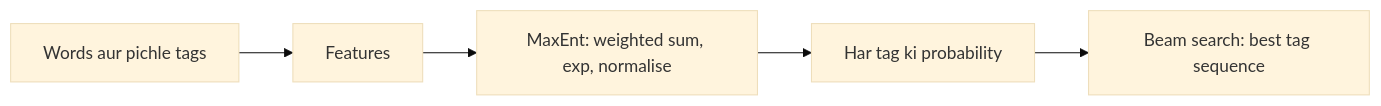
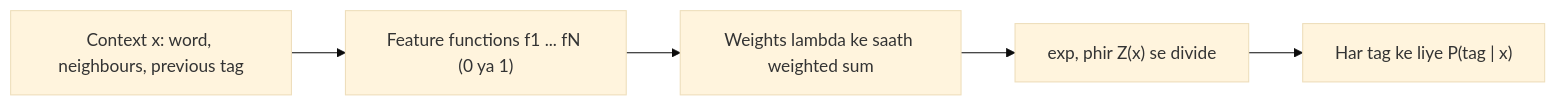
One commit to TrendySloth1001/sem-seven-notes changed the diagram in content/natural-language-processing/pyq/2023-05-ce/q6b.hi.mdx. Above: the diagram before and after it, drawn with Mermaid (base theme). The commit also changed other lines of this file and 406 other files, not shown here.

````diff
--- a/content/natural-language-processing/pyq/2023-05-ce/q6b.hi.mdx
+++ b/content/natural-language-processing/pyq/2023-05-ce/q6b.hi.mdx
@@ -33,8 +31,8 @@
 ```mermaid
-%% caption: MaxEnt tagger mein word aur pichle tags ke features tag probabilities dete hain. Beam search best sequence chunta hai.
+%% caption: MaxEnt tagger ek word ko kaise score karta hai.
 flowchart LR
-  W["Words aur pichle tags"] --> F["Features"]
-  F --> M["MaxEnt: weighted sum, exp, normalise"]
-  M --> P["Har tag ki probability"]
-  P --> B["Beam search: best tag sequence"]
+  A["Context x: word, neighbours, previous tag"] --> B["Feature functions f1 ... fN (0 ya 1)"]
+  B --> C["Weights lambda ke saath weighted sum"]
+  C --> D["exp, phir Z(x) se divide"]
+  D --> E["Har tag ke liye P(tag | x)"]
 ```
````
